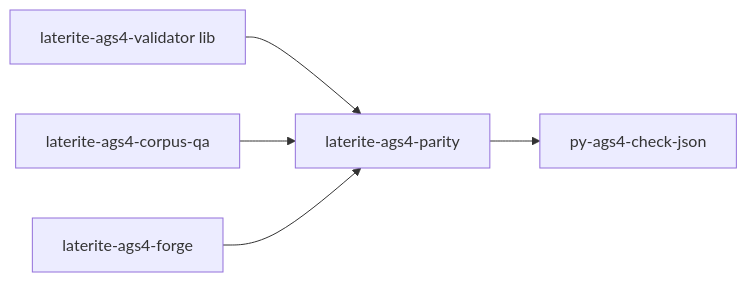
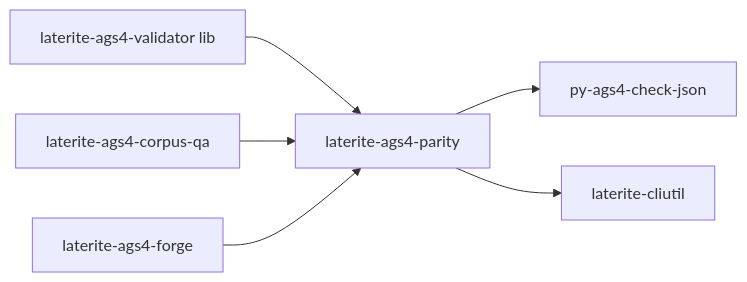
Before and after one commit to niko86/laterite: the diagram in ags-wiki/tools/laterite-ags4-parity.md, drawn with Mermaid. The commit also changed other lines of this file and 22 other files, not shown here.

````diff
--- a/ags-wiki/tools/laterite-ags4-parity.md
+++ b/ags-wiki/tools/laterite-ags4-parity.md
@@ -53,7 +63,8 @@
 ```mermaid
 flowchart LR
   val[laterite-ags4-validator lib] --> parity[laterite-ags4-parity]
   parity --> py[py-ags4-check-json]
+  parity --> cliutil[laterite-cliutil]
   cq[laterite-ags4-corpus-qa] --> parity
   forge[laterite-ags4-forge] --> parity
 ```
````
